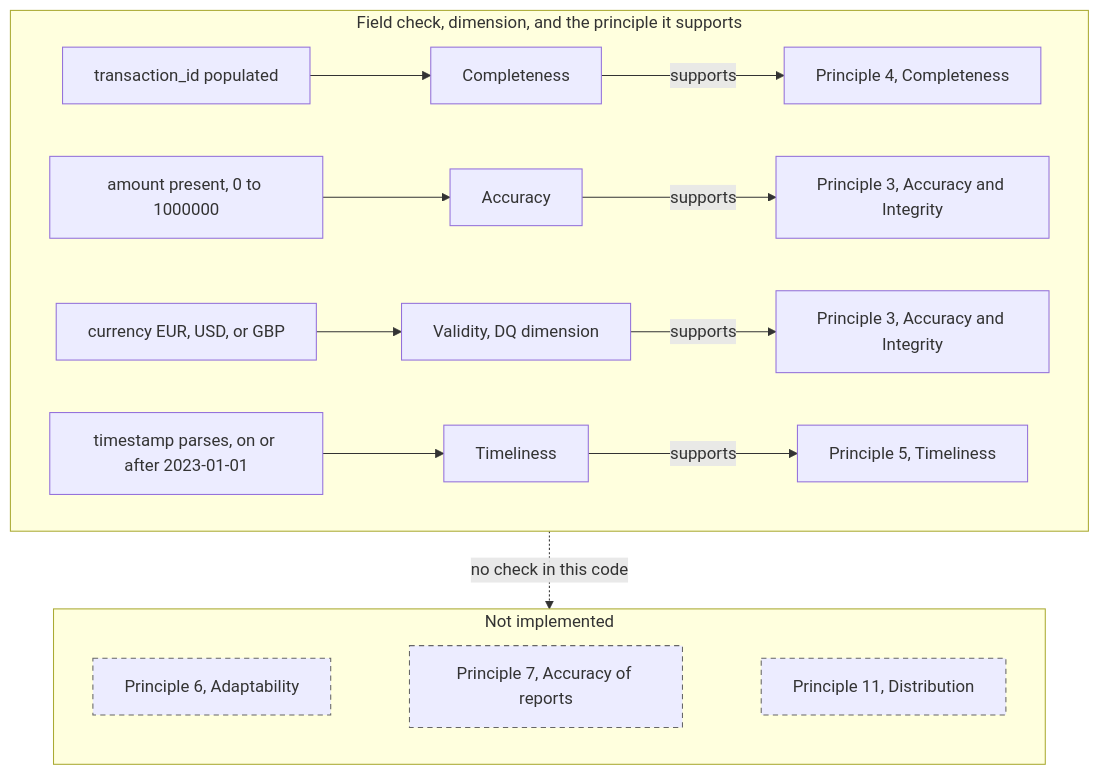
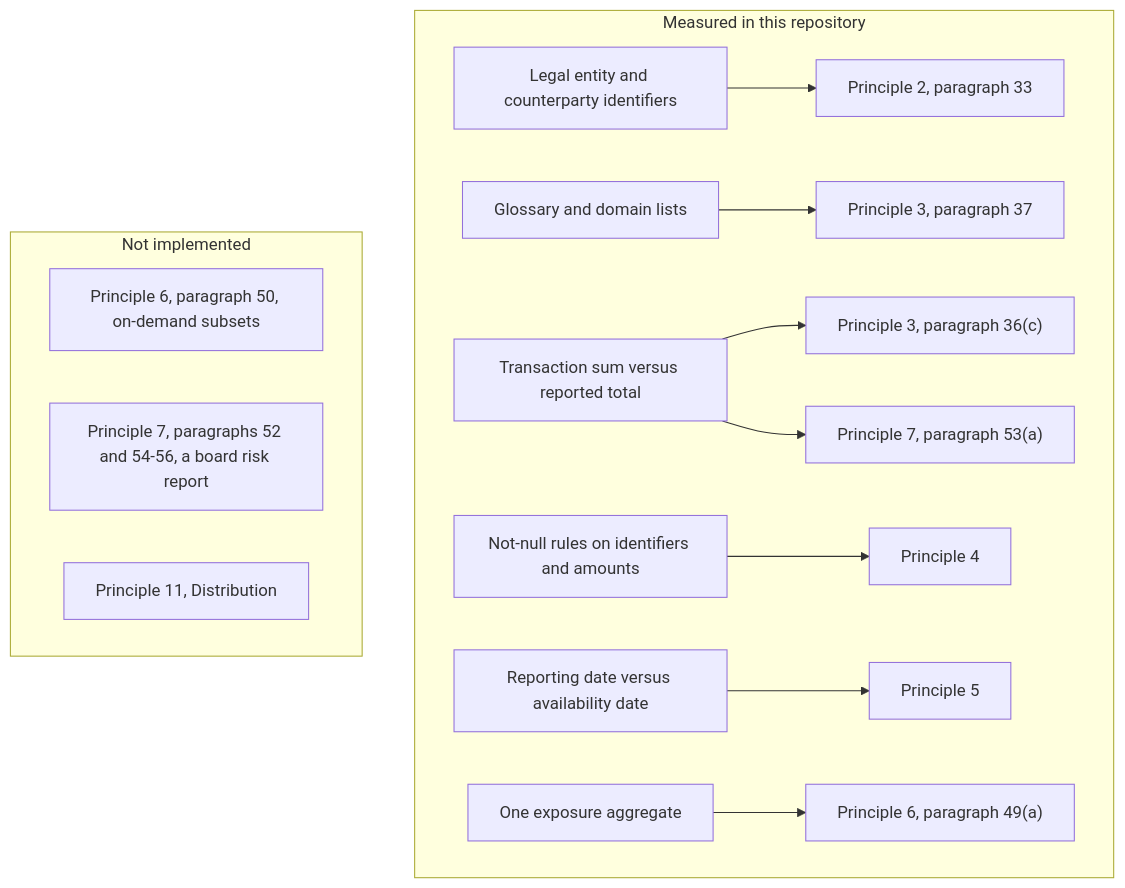
One commit to delens/Governance-Sentinel changed the third of 5 diagrams in README.md. Above: the diagram before and after it, drawn with Mermaid. The commit also changed other lines of this file and 43 other files, not shown here.

````diff
--- a/README.md
+++ b/README.md
@@ -126,22 +190,17 @@
 ```mermaid
 flowchart TB
-  subgraph mapped ["Field check, dimension, and the principle it supports"]
-    transactionId["transaction_id populated"] --> completeness["Completeness"]
-    completeness -->|supports| principle4["Principle 4, Completeness"]
-    amountRange["amount present, 0 to 1000000"] --> accuracy["Accuracy"]
-    accuracy -->|supports| principle3["Principle 3, Accuracy and Integrity"]
-    currencyList["currency EUR, USD, or GBP"] --> validity["Validity, DQ dimension"]
-    validity -->|supports| principle3Again["Principle 3, Accuracy and Integrity"]
-    timestampCut["timestamp parses, on or after 2023-01-01"] --> timeliness["Timeliness"]
-    timeliness -->|supports| principle5["Principle 5, Timeliness"]
+  subgraph measured ["Measured in this repository"]
+    identifiers["Legal entity and counterparty identifiers"] --> principle2["Principle 2, paragraph 33"]
+    dictionary["Glossary and domain lists"] --> principle3dict["Principle 3, paragraph 37"]
+    reconcile["Transaction sum versus reported total"] --> principle3rec["Principle 3, paragraph 36(c)"]
+    reconcile --> principle7["Principle 7, paragraph 53(a)"]
+    populated["Not-null rules on identifiers and amounts"] --> principle4["Principle 4"]
+    lag["Reporting date versus availability date"] --> principle5["Principle 5"]
+    grain["One exposure aggregate"] --> principle6["Principle 6, paragraph 49(a)"]
   end
   subgraph notYet ["Not implemented"]
-    principle6["Principle 6, Adaptability"]
-    principle7["Principle 7, Accuracy of reports"]
+    paragraph50["Principle 6, paragraph 50, on-demand subsets"]
+    board["Principle 7, paragraphs 52 and 54-56, a board risk report"]
     principle11["Principle 11, Distribution"]
-    principle6 ~~~ principle7 ~~~ principle11
   end
-  mapped -.->|"no check in this code"| notYet
-  classDef pending stroke-dasharray:5 4,stroke:#666
-  class principle6,principle7,principle11 pending
 ```
````
